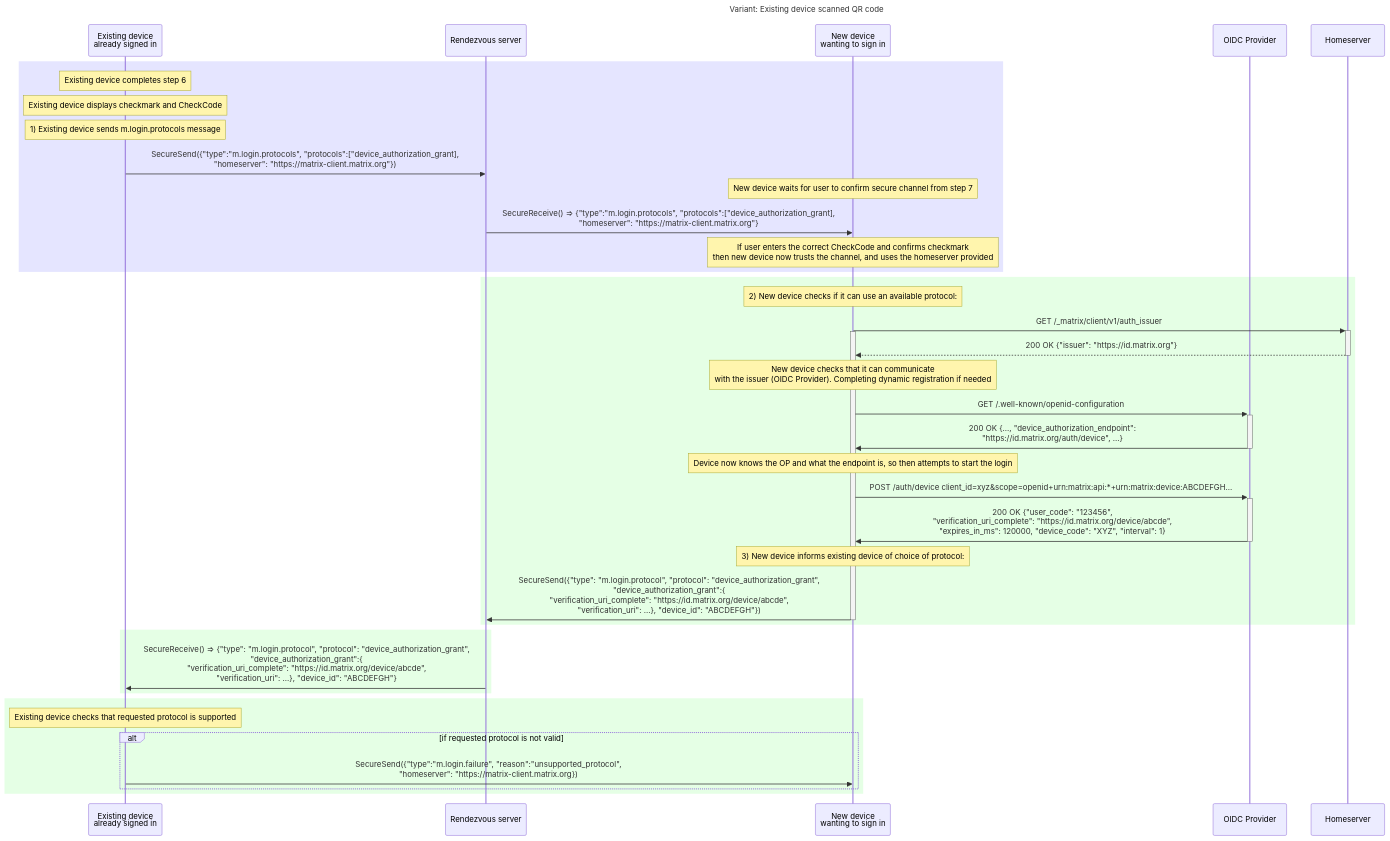
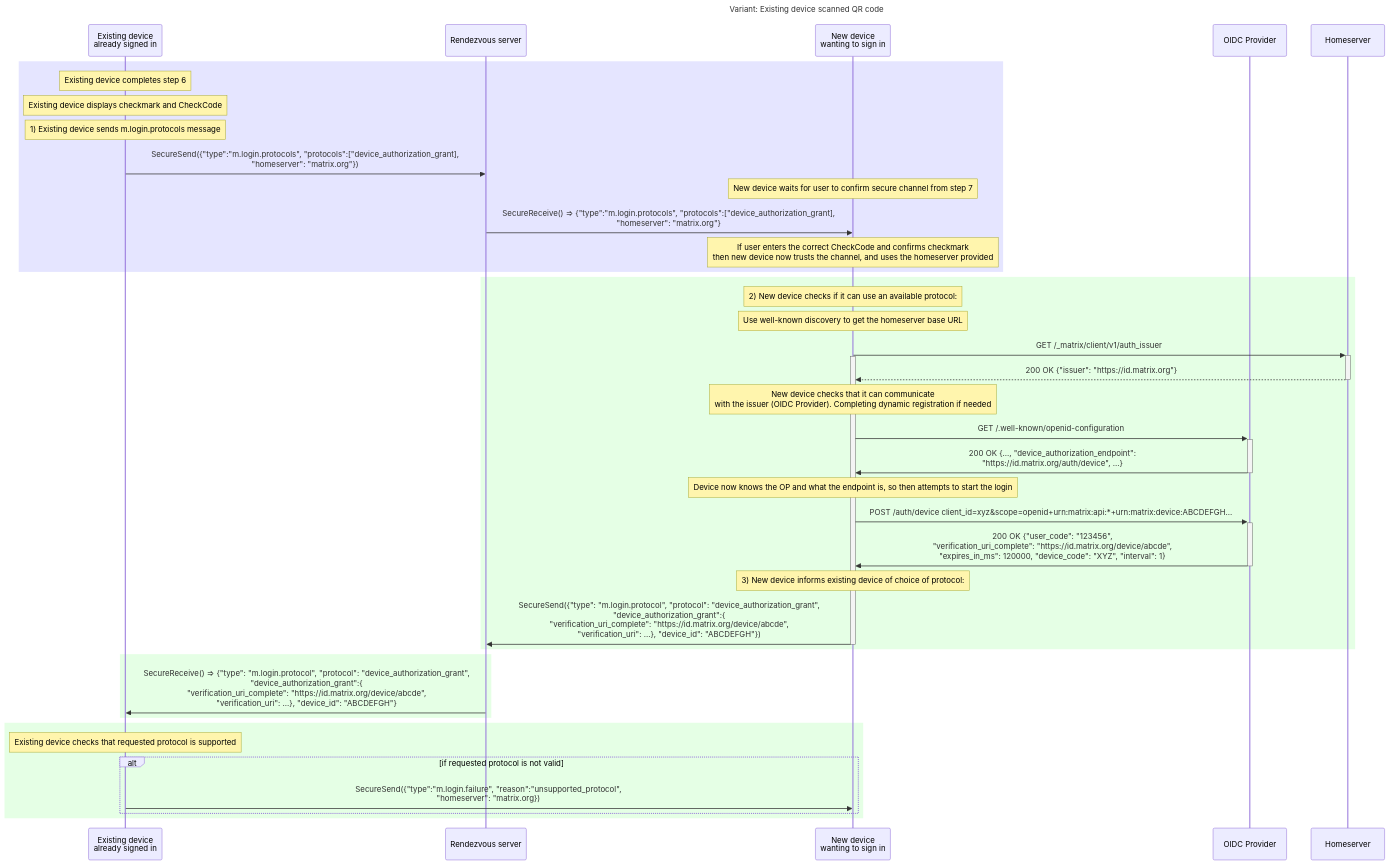
The fourth of 6 diagrams in proposals/4108-oidc-qr-login.md (matrix-org/matrix-spec-proposals), drawn with Mermaid before and after one commit. The commit also changed other lines of this file and 1 other file, not shown here.

Commit message:
Use server name rather than base URL and clarify well-known discovery

````diff
--- a/proposals/4108-oidc-qr-login.md
+++ b/proposals/4108-oidc-qr-login.md
@@ -908,65 +911,66 @@
 ```mermaid
 sequenceDiagram
     title: Variant: Existing device scanned QR code
     participant E as Existing device <br>already signed in
     participant Z as Rendezvous server
     participant N as New device <br>wanting to sign in
     participant OP as OIDC Provider
     participant HS as Homeserver
 
 
     #alt if New device scanned QR code
     #    note over N: New device completes checks from secure channel establishment step 6 - it now trusts the channel
-    #    note over N: 1) New device got Homeserver base URL from QR code
+    #    note over N: 1) New device got server name from the QR code
 
     rect rgba(0,0,255, 0.1)
     #else if Existing device scanned QR code
         note over E: Existing device completes step 6
         note over E: Existing device displays checkmark and CheckCode
         note over E: 1) Existing device sends m.login.protocols message
-        E->>Z: SecureSend({"type":"m.login.protocols", "protocols":["device_authorization_grant],<br> "homeserver": "https://matrix-client.matrix.org"})
+        E->>Z: SecureSend({"type":"m.login.protocols", "protocols":["device_authorization_grant],<br> "homeserver": "matrix.org"})
         note over N: New device waits for user to confirm secure channel from step 7
-        Z->>N: SecureReceive() => {"type":"m.login.protocols", "protocols":["device_authorization_grant],<br> "homeserver": "https://matrix-client.matrix.org"}
+        Z->>N: SecureReceive() => {"type":"m.login.protocols", "protocols":["device_authorization_grant],<br> "homeserver": "matrix.org"}
         note over N: If user enters the correct CheckCode and confirms checkmark<br>then new device now trusts the channel, and uses the homeserver provided
     end
 
 
     rect rgba(0,255,0, 0.1)
     note over N: 2) New device checks if it can use an available protocol:
+    note over N: Use well-known discovery to get the homeserver base URL
         N->>+HS: GET /_matrix/client/v1/auth_issuer
     activate N
         HS-->>-N: 200 OK {"issuer": "https://id.matrix.org"}
         Note over N: New device checks that it can communicate<br> with the issuer (OIDC Provider). Completing dynamic registration if needed 
         N->>+OP: GET /.well-known/openid-configuration
         OP->>-N: 200 OK {..., "device_authorization_endpoint":<br> "https://id.matrix.org/auth/device", ...}
         Note over N: Device now knows the OP and what the endpoint is, so then attempts to start the login
         N->>+OP: POST /auth/device client_id=xyz&scope=openid+urn:matrix:api:*+urn:matrix:device:ABCDEFGH...
         OP->>-N: 200 OK {"user_code": "123456",<br>"verification_uri_complete": "https://id.matrix.org/device/abcde",<br>"expires_in_ms": 120000, "device_code": "XYZ", "interval": 1}
         note over N: 3) New device informs existing device of choice of protocol:
         N->>Z: SecureSend({"type": "m.login.protocol", "protocol": "device_authorization_grant",<br> "device_authorization_grant":{<br>"verification_uri_complete": "https://id.matrix.org/device/abcde",<br>"verification_uri": ...}, "device_id": "ABCDEFGH"})
 
     deactivate N
     end
 
     # alt if New device scanned QR code
     #    note over N: New device displays checkmark and CheckCode
     #    note over E: Existing device waits for user to enter CheckCode<br>and confirm secure channel from step 7
     #end
 
     rect rgba(0,255,0, 0.1)
         Z->>E: SecureReceive() => {"type": "m.login.protocol", "protocol": "device_authorization_grant",<br> "device_authorization_grant":{<br>"verification_uri_complete": "https://id.matrix.org/device/abcde",<br>"verification_uri": ...}, "device_id": "ABCDEFGH"}
     end
 
     # alt if New device scanned QR code
     #    note over E: If user entered correct CheckCode<br>and confirms checkmark then existing device now trusts the channel
     #end
 
 
     rect rgba(0,255,0, 0.1)
     note over E: Existing device checks that requested protocol is supported
 
     alt if requested protocol is not valid
-        E->>N: SecureSend({"type":"m.login.failure", "reason":"unsupported_protocol",<br>"homeserver": "https://matrix-client.matrix.org})
+        E->>N: SecureSend({"type":"m.login.failure", "reason":"unsupported_protocol",<br>"homeserver": "matrix.org})
     end
     end
 ```
````
